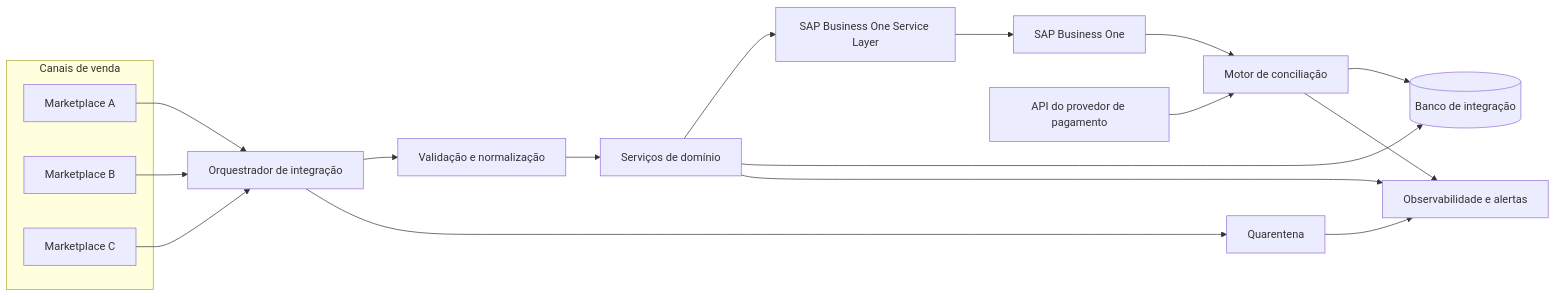
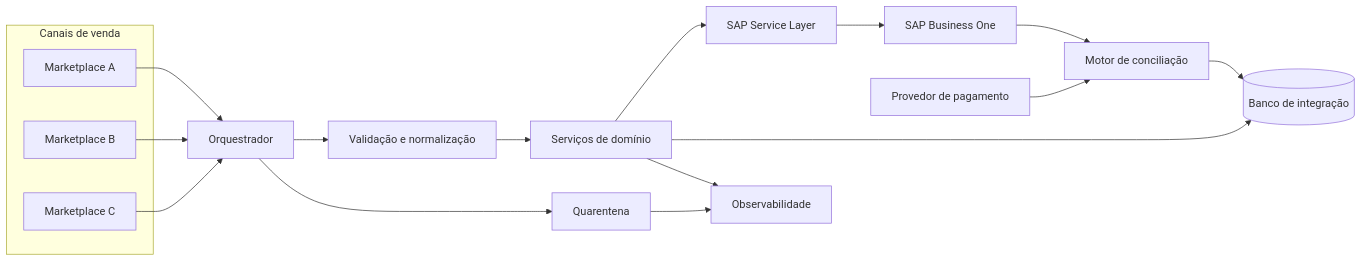
Before and after one commit to rmota13/sap-business-one-integration-platform: the diagram in README.md, drawn with Mermaid. The commit also changed other lines of this file, not shown here.

Commit message:
docs: finalize SAP Commerce Integration Platform presentation

````diff
--- a/README.md
+++ b/README.md
@@ -78,27 +76,22 @@
 ```mermaid
 flowchart LR
     subgraph Channels[Canais de venda]
         A[Marketplace A]
         B[Marketplace B]
         C[Marketplace C]
     end
-
-    A --> O[Orquestrador de integração]
+    A --> O[Orquestrador]
     B --> O
     C --> O
-
     O --> V[Validação e normalização]
     V --> D[Serviços de domínio]
-    D --> SL[SAP Business One Service Layer]
+    D --> SL[SAP Service Layer]
     SL --> ERP[SAP Business One]
-
     D --> DB[(Banco de integração)]
     O --> Q[Quarentena]
-    D --> M[Observabilidade e alertas]
+    D --> M[Observabilidade]
     Q --> M
-
-    P[API do provedor de pagamento] --> R[Motor de conciliação]
+    P[Provedor de pagamento] --> R[Motor de conciliação]
     ERP --> R
     R --> DB
-    R --> M
 ```
````
